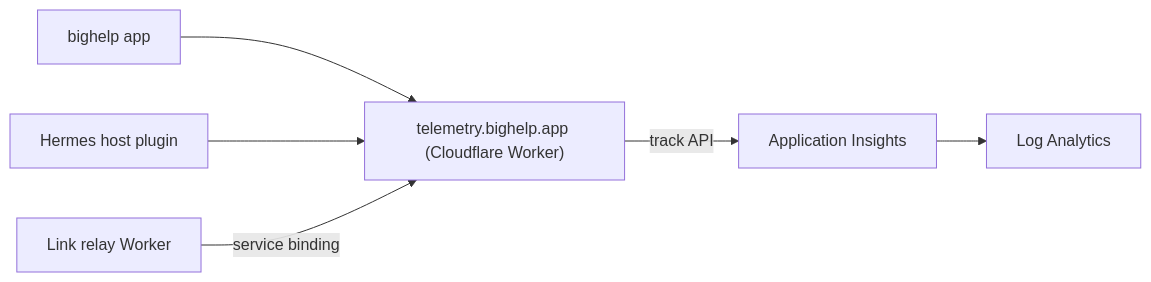
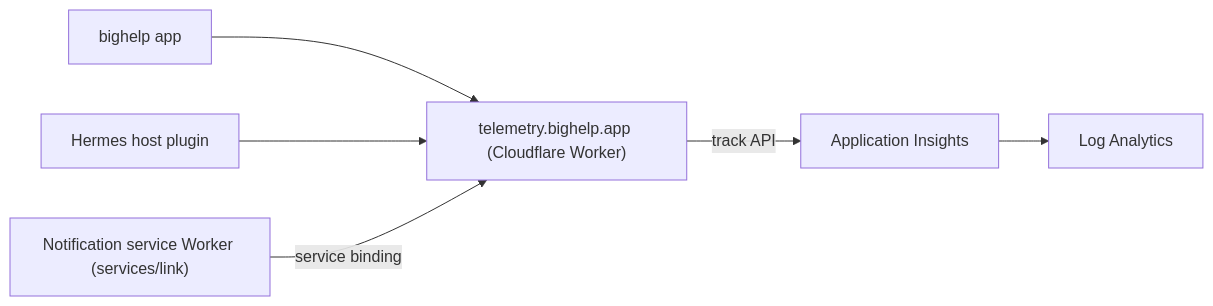
The diagram in docs/TELEMETRY.md (promptclickrun/bighelp), drawn with Mermaid before and after one commit. The commit also changed other lines of this file and 28 other files, not shown here.

````diff
--- a/docs/TELEMETRY.md
+++ b/docs/TELEMETRY.md
@@ -63,7 +65,7 @@
 ```mermaid
 flowchart LR
   App["bighelp app"] --> Worker["telemetry.bighelp.app (Cloudflare Worker)"]
   Host["Hermes host plugin"] --> Worker
-  Relay["Link relay Worker"] -->|"service binding"| Worker
+  Relay["Notification service Worker (services/link)"] -->|"service binding"| Worker
   Worker -->|"track API"| AI["Application Insights"] --> LA["Log Analytics"]
 ```
````
